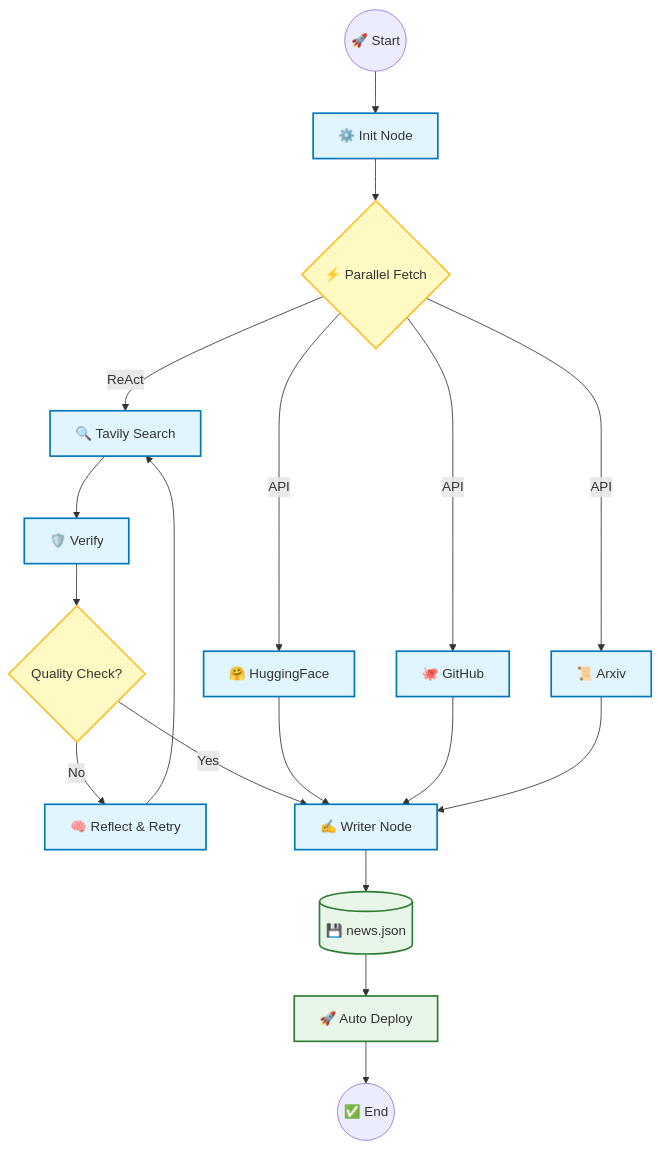
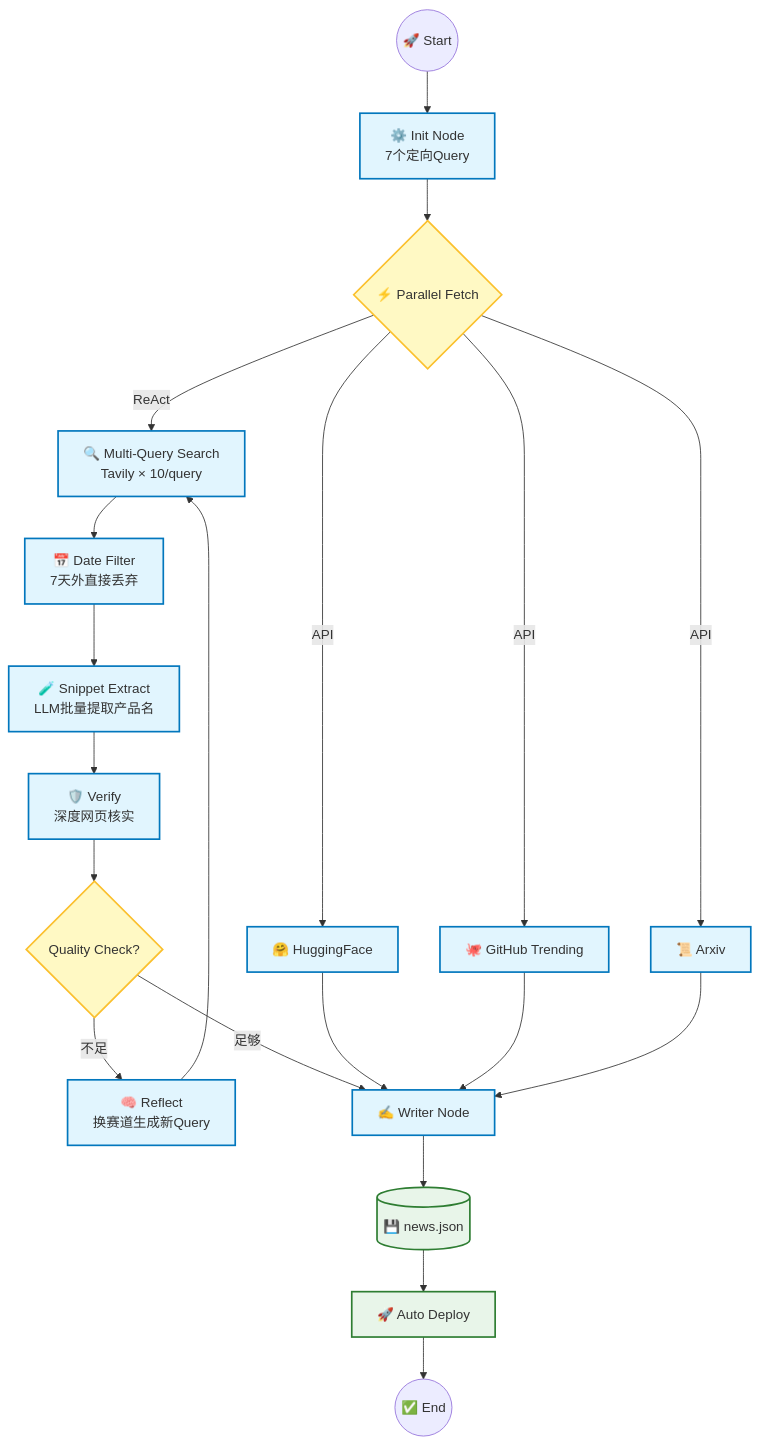
Before and after one commit to wuhao980527-gif/ai-daily-web: the diagram in README.md, drawn with Mermaid. The commit also changed other lines of this file and 4 other files, not shown here.

````diff
--- a/README.md
+++ b/README.md
@@ -25,33 +26,35 @@
 ```mermaid
 graph TD
     classDef process fill:#e1f5fe,stroke:#0277bd,stroke-width:2px;
     classDef decision fill:#fff9c4,stroke:#fbc02d,stroke-width:2px;
     classDef output fill:#e8f5e9,stroke:#2e7d32,stroke-width:2px;
 
-    Start((🚀 Start)) --> Init[⚙️ Init Node]
+    Start((🚀 Start)) --> Init[⚙️ Init Node<br/>7个定向Query]
     Init --> Parallel{⚡ Parallel Fetch}
-    
+
     Parallel -->|API| HF[🤗 HuggingFace]
-    Parallel -->|API| GH[🐙 GitHub]
+    Parallel -->|API| GH[🐙 GitHub Trending]
     Parallel -->|API| Papers[📜 Arxiv]
-    Parallel -->|ReAct| Search[🔍 Tavily Search]
+    Parallel -->|ReAct| Search[🔍 Multi-Query Search<br/>Tavily × 10/query]
 
-    Search --> Verify[🛡️ Verify]
+    Search --> DateFilter[📅 Date Filter<br/>7天外直接丢弃]
+    DateFilter --> SnippetExtract[🧪 Snippet Extract<br/>LLM批量提取产品名]
+    SnippetExtract --> Verify[🛡️ Verify<br/>深度网页核实]
     Verify --> Check{Quality Check?}
-    
-    Check -- No --> Reflect[🧠 Reflect & Retry]
+
+    Check -- 不足 --> Reflect[🧠 Reflect<br/>换赛道生成新Query]
     Reflect --> Search
-    
-    Check -- Yes --> Writer
+
+    Check -- 足够 --> Writer
     HF --> Writer
     GH --> Writer
     Papers --> Writer
 
     Writer[✍️ Writer Node] --> JSON[(💾 news.json)]
     JSON --> Deploy[🚀 Auto Deploy]
     Deploy --> End((✅ End))
 
-    class Init,Search,Verify,Reflect,HF,GH,Papers,Writer process;
+    class Init,Search,DateFilter,SnippetExtract,Verify,Reflect,HF,GH,Papers,Writer process;
     class Parallel,Check decision;
     class JSON,Deploy output;
 ```
````
